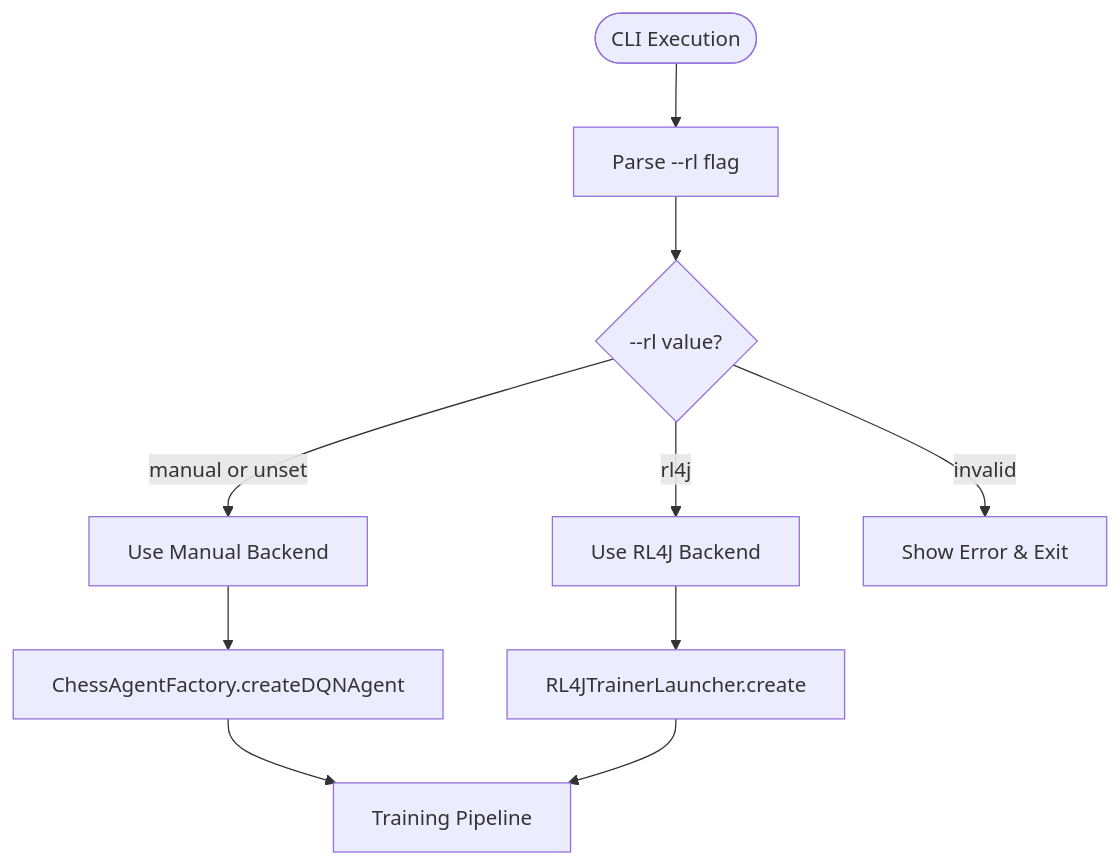
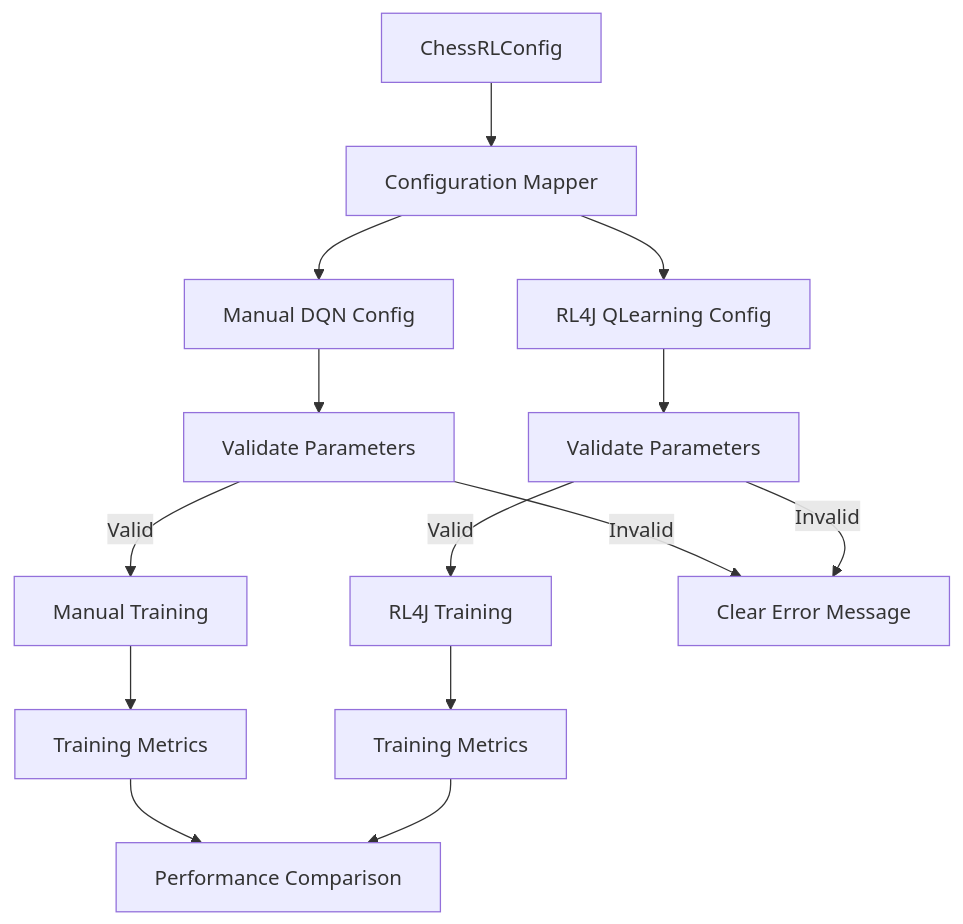
Before and after one commit to AnthonyKot/chess-rl: the second of 2 diagrams in .kiro/specs/rl4j-backend-integration/design.md, drawn with Mermaid. The commit also changed other lines of this file and 65 other files, not shown here.

````diff
--- a/.kiro/specs/rl4j-backend-integration/design.md
+++ b/.kiro/specs/rl4j-backend-integration/design.md
@@ -38,15 +42,21 @@
 ```mermaid
 flowchart TD
-    Start([CLI Execution]) --> ParseArgs[Parse --rl flag]
-    ParseArgs --> CheckFlag{--rl value?}
+    Config[ChessRLConfig] --> Mapper[Configuration Mapper]
+    Mapper --> ManualConfig[Manual DQN Config]
+    Mapper --> RL4JConfig[RL4J QLearning Config]
     
-    CheckFlag --> |manual or unset| ManualPath[Use Manual Backend]
-    CheckFlag --> |rl4j| RL4JPath[Use RL4J Backend]
-    CheckFlag --> |invalid| Error[Show Error & Exit]
+    ManualConfig --> Validation1[Validate Parameters]
+    RL4JConfig --> Validation2[Validate Parameters]
     
-    ManualPath --> CreateManual[ChessAgentFactory.createDQNAgent]
-    RL4JPath --> CreateRL4J[RL4JTrainerLauncher.create]
+    Validation1 --> |Valid| ManualTraining[Manual Training]
+    Validation2 --> |Valid| RL4JTraining[RL4J Training]
     
-    CreateManual --> TrainingPipeline[Training Pipeline]
-    CreateRL4J --> TrainingPipeline
+    Validation1 --> |Invalid| Error[Clear Error Message]
+    Validation2 --> |Invalid| Error
+    
+    ManualTraining --> Metrics1[Training Metrics]
+    RL4JTraining --> Metrics2[Training Metrics]
+    
+    Metrics1 --> Comparison[Performance Comparison]
+    Metrics2 --> Comparison
 ```
````
